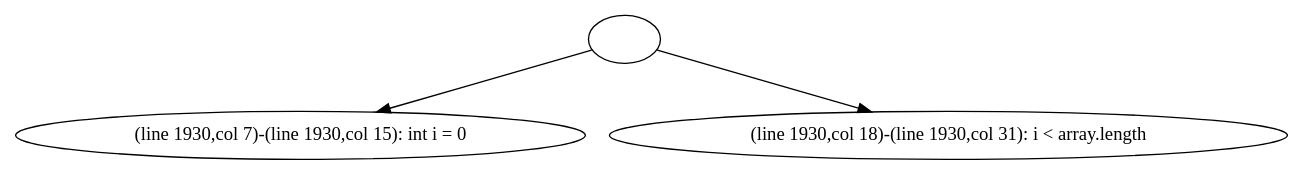
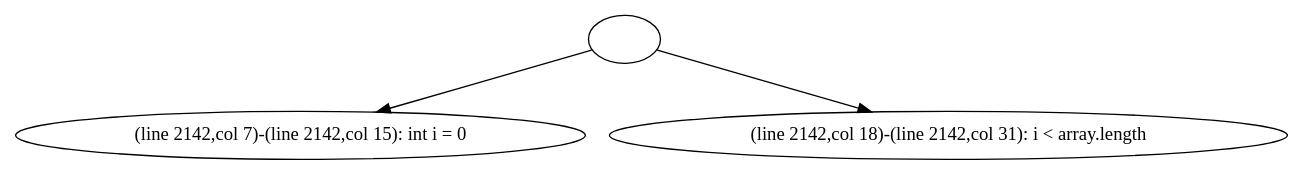
The diagram in 507/max.dot (fruffy/Sisyphus), drawn with Graphviz before and after one commit. The commit also changed 5 other files, not shown here.

```diff
--- a/507/max.dot
+++ b/507/max.dot
@@ -1,7 +1,7 @@
 digraph G {
   1 [ label="" ];
-  2 [ label="(line 1930,col 7)-(line 1930,col 15): int i = 0" ];
-  3 [ label="(line 1930,col 18)-(line 1930,col 31): i < array.length" ];
+  2 [ label="(line 2142,col 7)-(line 2142,col 15): int i = 0" ];
+  3 [ label="(line 2142,col 18)-(line 2142,col 31): i < array.length" ];
   1 -> 2;
   1 -> 3;
 }
```
